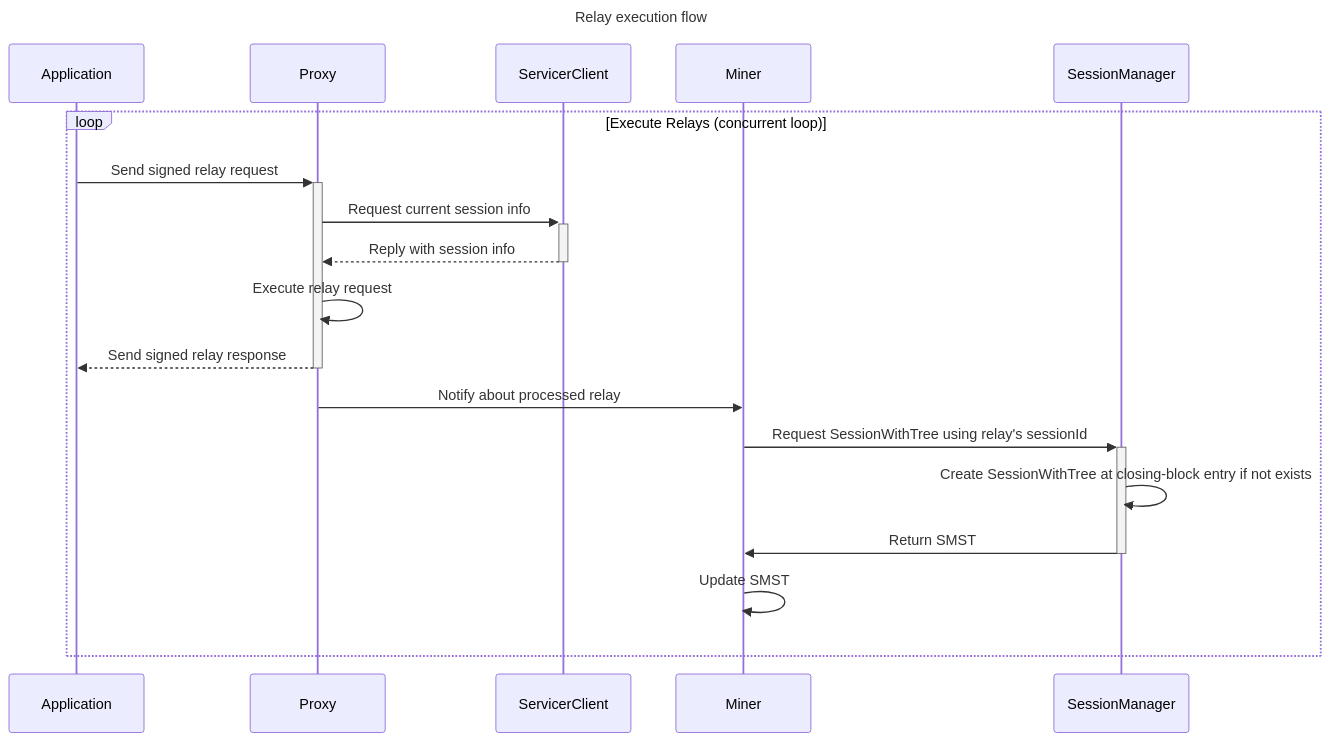
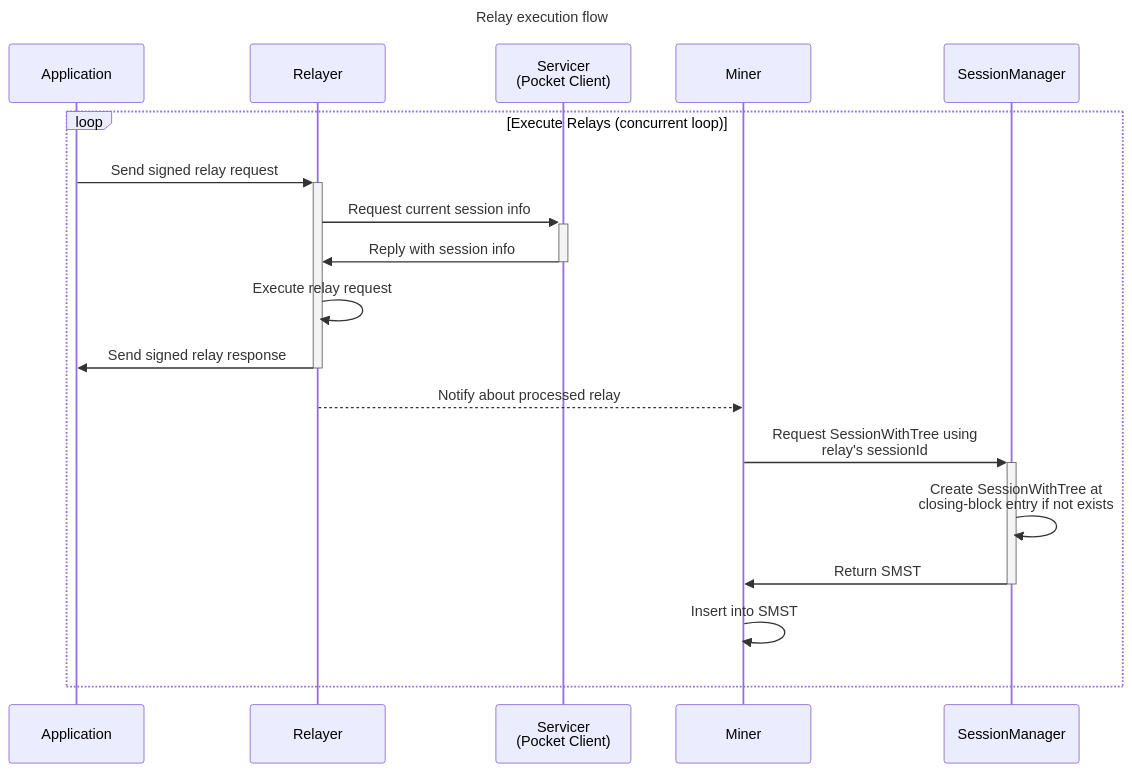
One commit to pokt-network/poktroll-alpha changed the diagram in docs/relay_execution_flow.md. Above: the diagram before and after it, drawn with Mermaid. The commit also changed other lines of this file and 1 other file, not shown here.

Commit message:
address review comments

````diff
--- a/docs/relay_execution_flow.md
+++ b/docs/relay_execution_flow.md
@@ -1,22 +7,22 @@
 ```mermaid
 sequenceDiagram
   title: Relay execution flow
   participant Application
-  participant Proxy
-  participant ServicerClient
+  participant Relayer
+  participant Servicer as Servicer<br>(Pocket Client)
   participant Miner
   participant SessionManager
 
   loop Execute Relays (concurrent loop)
-    Application ->>+ Proxy: Send signed relay request
-    Proxy ->>+ ServicerClient: Request current session info
-    ServicerClient -->>- Proxy: Reply with session info
-    Proxy ->> Proxy: Execute relay request
-    Proxy -->>- Application: Send signed relay response
-    Proxy ->> Miner: Notify about processed relay
-    Miner ->>+ SessionManager: Request SessionWithTree using relay's sessionId
-    SessionManager ->> SessionManager: Create SessionWithTree at closing-block entry if not exists
+    Application ->>+ Relayer: Send signed relay request
+    Relayer ->>+ Servicer: Request current session info
+    Servicer ->>- Relayer: Reply with session info
+    Relayer ->> Relayer: Execute relay request
+    Relayer ->>- Application: Send signed relay response
+    Relayer -->> Miner: Notify about processed relay
+    Miner ->>+ SessionManager: Request SessionWithTree using<br>relay's sessionId
+    SessionManager ->> SessionManager: Create SessionWithTree at<br>closing-block entry if not exists
     SessionManager ->>- Miner: Return SMST
-    Miner ->> Miner: Update SMST
+    Miner ->> Miner: Insert into SMST
   end
 ```
````
